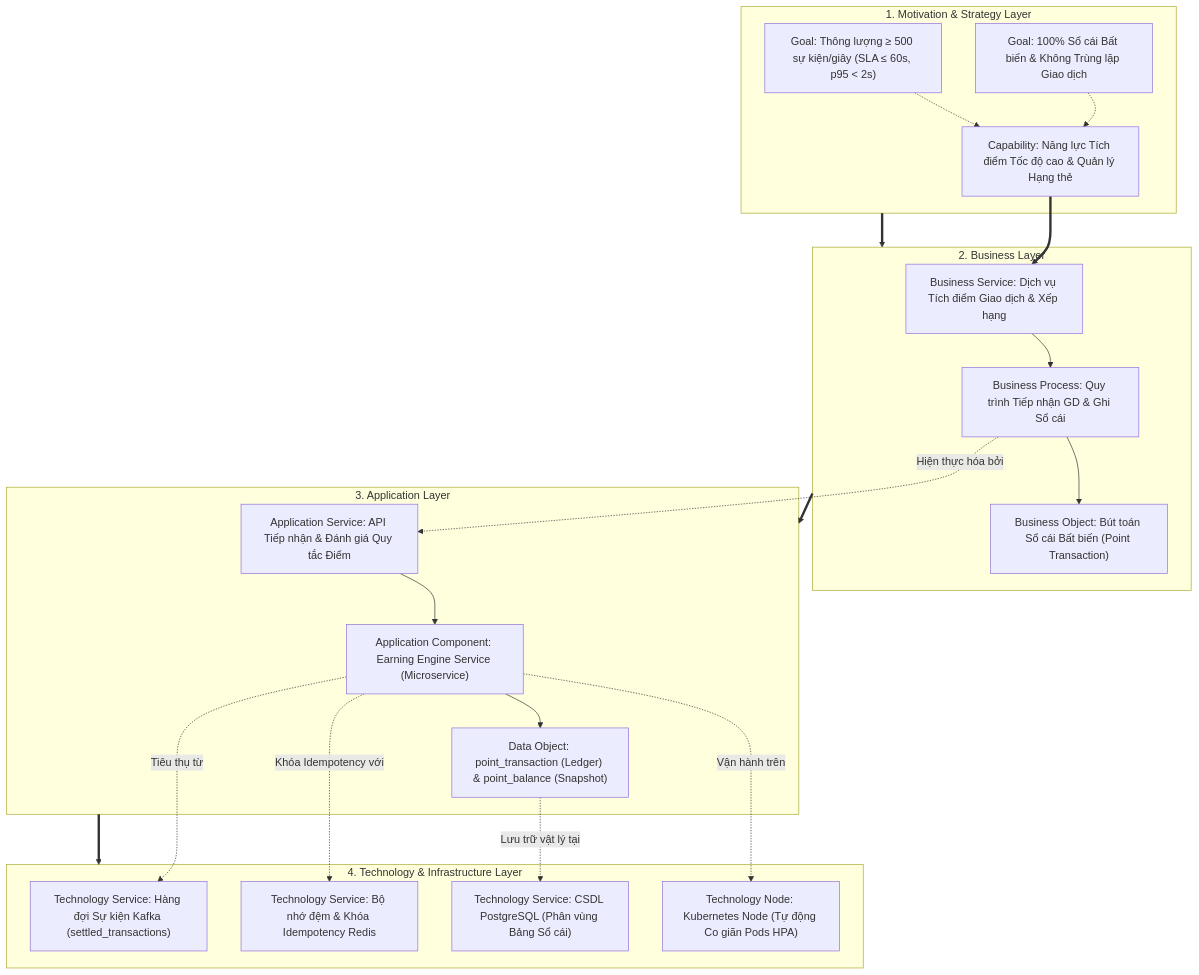
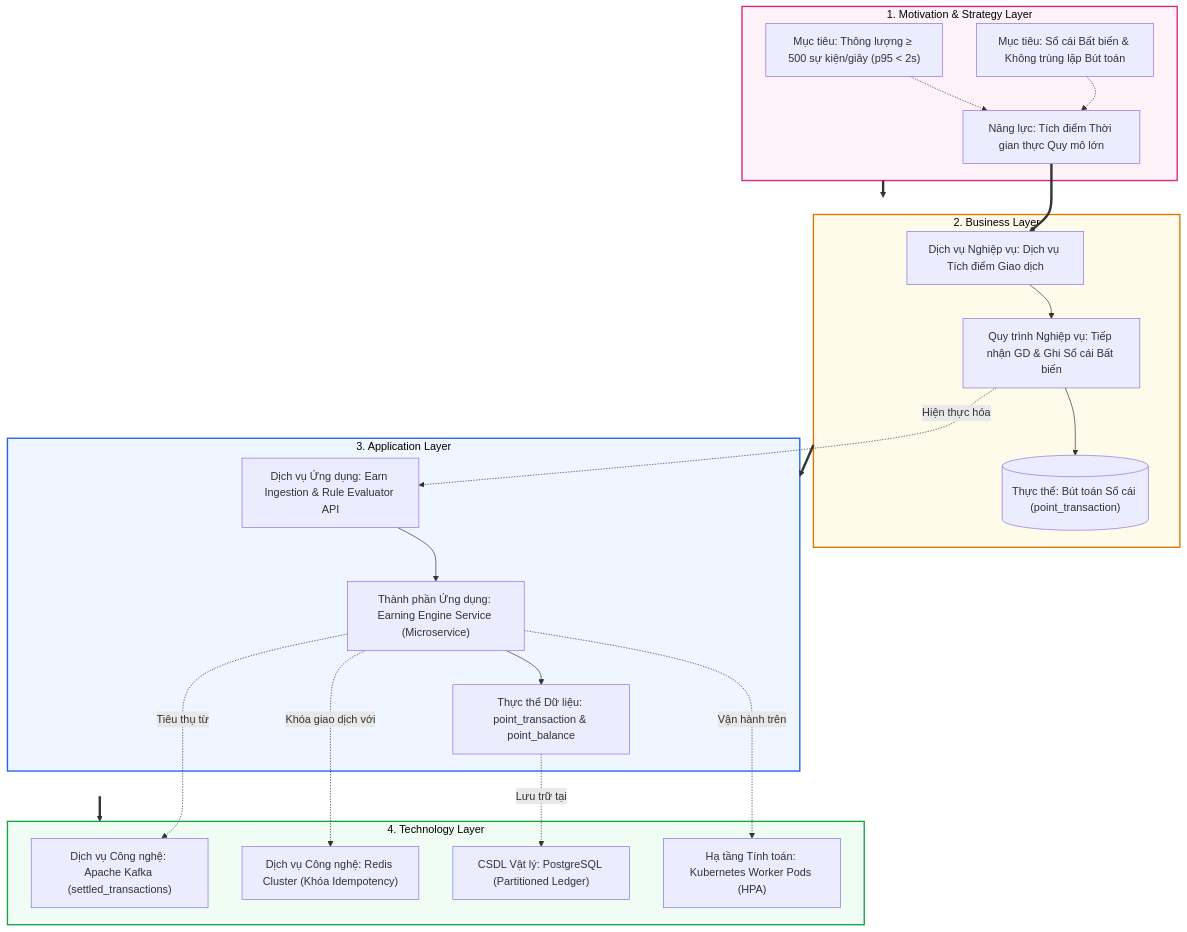
The seventh of 7 diagrams in architecture/ArchiMate-Layer-Diagrams.md (quangvtuet/loyalty_system_docs), drawn with Mermaid before and after one commit. The commit also changed other lines of this file and 1 other file, not shown here.

````diff
--- a/architecture/ArchiMate-Layer-Diagrams.md
+++ b/architecture/ArchiMate-Layer-Diagrams.md
@@ -581,52 +303,49 @@
 ```mermaid
 flowchart TB
-    %% 1. MOTIVATION & STRATEGY
-    subgraph Layer_Motivation["1. Motivation & Strategy Layer"]
-        G_AUDIT["Goal: 100% Sổ cái Bất biến & Không Trùng lặp Giao dịch"]
-        G_SLA["Goal: Thông lượng ≥ 500 sự kiện/giây (SLA ≤ 60s, p95 < 2s)"]
-        CAP_EARNING["Capability: Năng lực Tích điểm Tốc độ cao & Quản lý Hạng thẻ"]
-        
-        G_AUDIT -.-> CAP_EARNING
-        G_SLA -.-> CAP_EARNING
+    subgraph L1["1. Motivation & Strategy Layer"]
+        G1["Mục tiêu: Sổ cái Bất biến & Không trùng lặp Bút toán"]
+        G2["Mục tiêu: Thông lượng ≥ 500 sự kiện/giây (p95 < 2s)"]
+        CAP["Năng lực: Tích điểm Thời gian thực Quy mô lớn"]
+        G1 -.-> CAP
+        G2 -.-> CAP
     end
 
-    %% 2. BUSINESS LAYER
-    subgraph Layer_Business["2. Business Layer"]
-        BS_EARN_SERVICE["Business Service: Dịch vụ Tích điểm Giao dịch & Xếp hạng"]
-        BP_EARN_PROCESS["Business Process: Quy trình Tiếp nhận GD & Ghi Sổ cái"]
-        BO_TXN_LEDGER["Business Object: Bút toán Sổ cái Bất biến (Point Transaction)"]
-
-        CAP_EARNING ==> BS_EARN_SERVICE
-        BS_EARN_SERVICE --> BP_EARN_PROCESS
-        BP_EARN_PROCESS --> BO_TXN_LEDGER
+    subgraph L2["2. Business Layer"]
+        BS["Dịch vụ Nghiệp vụ: Dịch vụ Tích điểm Giao dịch"]
+        BP["Quy trình Nghiệp vụ: Tiếp nhận GD & Ghi Sổ cái Bất biến"]
+        BO[("Thực thể: Bút toán Sổ cái (point_transaction)")]
+        CAP ==> BS
+        BS --> BP
+        BP --> BO
     end
 
-    %% 3. APPLICATION LAYER
-    subgraph Layer_Application["3. Application Layer"]
-        APP_SVC_EARN["Application Service: API Tiếp nhận & Đánh giá Quy tắc Điểm"]
-        COMP_EE_SRV["Application Component: Earning Engine Service (Microservice)"]
-        DO_POINT_TXN["Data Object: point_transaction (Ledger) & point_balance (Snapshot)"]
-
-        BP_EARN_PROCESS -.->|Hiện thực hóa bởi| APP_SVC_EARN
-        APP_SVC_EARN --> COMP_EE_SRV
-        COMP_EE_SRV --> DO_POINT_TXN
+    subgraph L3["3. Application Layer"]
+        AS["Dịch vụ Ứng dụng: Earn Ingestion & Rule Evaluator API"]
+        AC["Thành phần Ứng dụng: Earning Engine Service (Microservice)"]
+        DO["Thực thể Dữ liệu: point_transaction & point_balance"]
+        BP -.->|Hiện thực hóa| AS
+        AS --> AC
+        AC --> DO
     end
 
-    %% 4. TECHNOLOGY LAYER
-    subgraph Layer_Technology["4. Technology & Infrastructure Layer"]
-        TECH_SVC_KAFKA["Technology Service: Hàng đợi Sự kiện Kafka (settled_transactions)"]
-        TECH_SVC_REDIS["Technology Service: Bộ nhớ đệm & Khóa Idempotency Redis"]
-        TECH_SVC_PG["Technology Service: CSDL PostgreSQL (Phân vùng Bảng Sổ cái)"]
-        TECH_NODE_K8S["Technology Node: Kubernetes Node (Tự động Co giãn Pods HPA)"]
+    subgraph L4["4. Technology Layer"]
+        T_KAFKA["Dịch vụ Công nghệ: Apache Kafka (settled_transactions)"]
+        T_REDIS["Dịch vụ Công nghệ: Redis Cluster (Khóa Idempotency)"]
+        T_PG["CSDL Vật lý: PostgreSQL (Partitioned Ledger)"]
+        T_K8S["Hạ tầng Tính toán: Kubernetes Worker Pods (HPA)"]
 
-        COMP_EE_SRV -.->|Vận hành trên| TECH_NODE_K8S
-        COMP_EE_SRV -.->|Tiêu thụ từ| TECH_SVC_KAFKA
-        COMP_EE_SRV -.->|Khóa Idempotency với| TECH_SVC_REDIS
-        DO_POINT_TXN -.->|Lưu trữ vật lý tại| TECH_SVC_PG
+        AC -.->|Vận hành trên| T_K8S
+        AC -.->|Tiêu thụ từ| T_KAFKA
+        AC -.->|Khóa giao dịch với| T_REDIS
+        DO -.->|Lưu trữ tại| T_PG
     end
 
-    %% Cross-layer links
-    Layer_Motivation ==> Layer_Business
-    Layer_Business ==> Layer_Application
-    Layer_Application ==> Layer_Technology
+    L1 ==> L2
+    L2 ==> L3
+    L3 ==> L4
+
+    style L1 fill:#fdf2f8,stroke:#db2777,stroke-width:2px,color:#000
+    style L2 fill:#fffbeb,stroke:#d97706,stroke-width:2px,color:#000
+    style L3 fill:#eff6ff,stroke:#2563eb,stroke-width:2px,color:#000
+    style L4 fill:#f0fdf4,stroke:#16a34a,stroke-width:2px,color:#000
 ```
````
